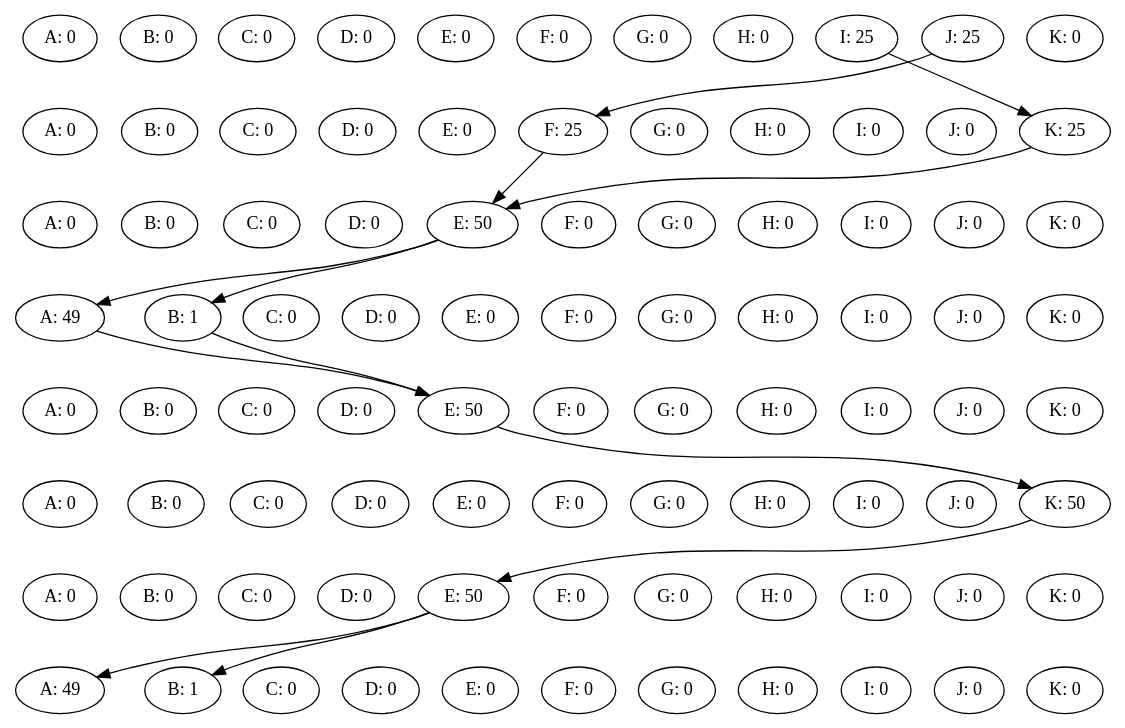
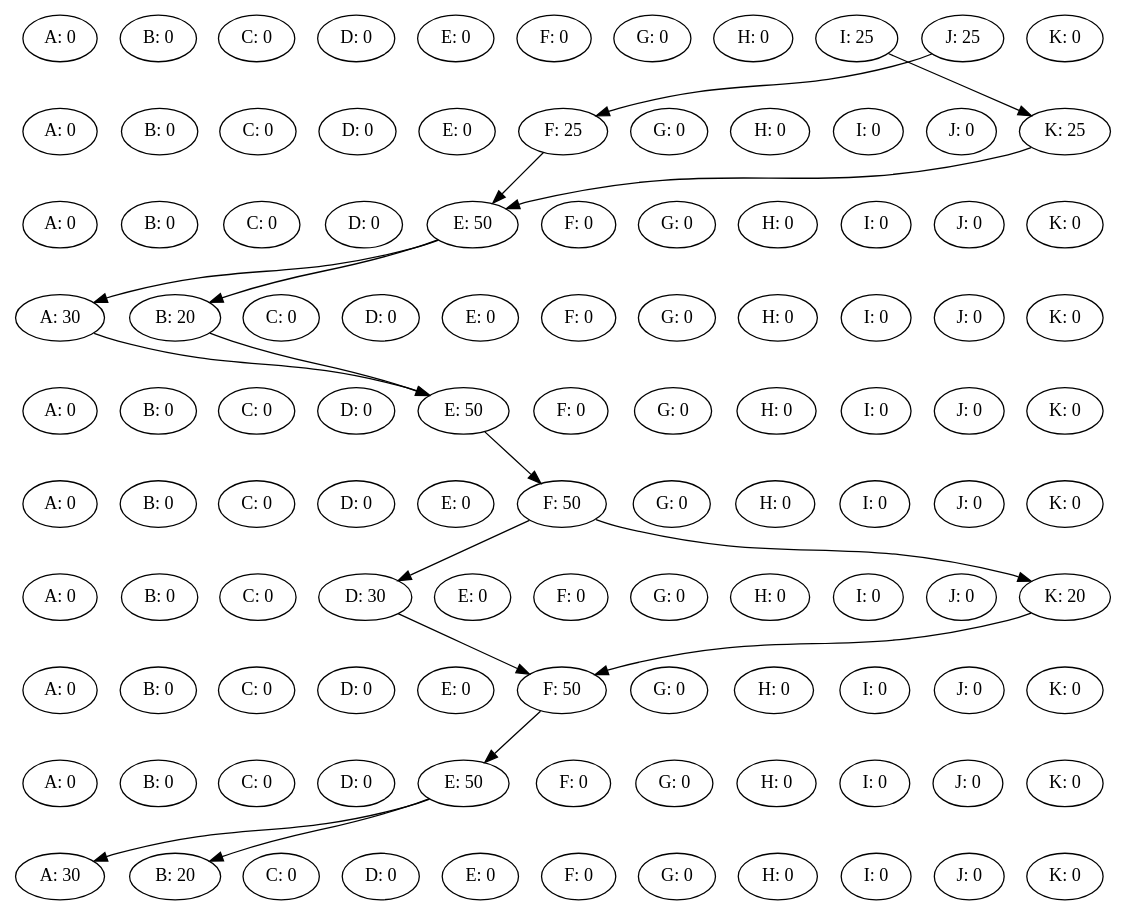
One commit to TieneSabor/slugs_swarmPlanner changed the diagram in originalPlans.dot. Above: the diagram before and after it, drawn with Graphviz. The commit also changed 5 other files, not shown here.

```diff
--- a/originalPlans.dot
+++ b/originalPlans.dot
@@ -1,104 +1,130 @@
 digraph {
 A0 [label="A: 0"];
 B0 [label="B: 0"];
 C0 [label="C: 0"];
 D0 [label="D: 0"];
 E0 [label="E: 0"];
 F0 [label="F: 0"];
 G0 [label="G: 0"];
 H0 [label="H: 0"];
 I0 [label="I: 25"];
 J0 [label="J: 25"];
 K0 [label="K: 0"];
 rank = same {A0 -> B0 -> C0 -> D0 -> E0 -> F0 -> G0 -> H0 -> I0 -> J0 -> K0 [style=invis] }A1 [label="A: 0"];
 B1 [label="B: 0"];
 C1 [label="C: 0"];
 D1 [label="D: 0"];
 E1 [label="E: 0"];
 F1 [label="F: 25"];
 G1 [label="G: 0"];
 H1 [label="H: 0"];
 I1 [label="I: 0"];
 J1 [label="J: 0"];
 K1 [label="K: 25"];
 rank = same {A1 -> B1 -> C1 -> D1 -> E1 -> F1 -> G1 -> H1 -> I1 -> J1 -> K1 [style=invis] }I0 -> K1
 J0 -> F1
 A2 [label="A: 0"];
 B2 [label="B: 0"];
 C2 [label="C: 0"];
 D2 [label="D: 0"];
 E2 [label="E: 50"];
 F2 [label="F: 0"];
 G2 [label="G: 0"];
 H2 [label="H: 0"];
 I2 [label="I: 0"];
 J2 [label="J: 0"];
 K2 [label="K: 0"];
 rank = same {A2 -> B2 -> C2 -> D2 -> E2 -> F2 -> G2 -> H2 -> I2 -> J2 -> K2 [style=invis] }F1 -> E2
 K1 -> E2
-A3 [label="A: 49"];
-B3 [label="B: 1"];
+A3 [label="A: 30"];
+B3 [label="B: 20"];
 C3 [label="C: 0"];
 D3 [label="D: 0"];
 E3 [label="E: 0"];
 F3 [label="F: 0"];
 G3 [label="G: 0"];
 H3 [label="H: 0"];
 I3 [label="I: 0"];
 J3 [label="J: 0"];
 K3 [label="K: 0"];
 rank = same {A3 -> B3 -> C3 -> D3 -> E3 -> F3 -> G3 -> H3 -> I3 -> J3 -> K3 [style=invis] }E2 -> A3
 E2 -> B3
 A4 [label="A: 0"];
 B4 [label="B: 0"];
 C4 [label="C: 0"];
 D4 [label="D: 0"];
 E4 [label="E: 50"];
 F4 [label="F: 0"];
 G4 [label="G: 0"];
 H4 [label="H: 0"];
 I4 [label="I: 0"];
 J4 [label="J: 0"];
 K4 [label="K: 0"];
 rank = same {A4 -> B4 -> C4 -> D4 -> E4 -> F4 -> G4 -> H4 -> I4 -> J4 -> K4 [style=invis] }A3 -> E4
 B3 -> E4
 A5 [label="A: 0"];
 B5 [label="B: 0"];
 C5 [label="C: 0"];
 D5 [label="D: 0"];
 E5 [label="E: 0"];
-F5 [label="F: 0"];
+F5 [label="F: 50"];
 G5 [label="G: 0"];
 H5 [label="H: 0"];
 I5 [label="I: 0"];
 J5 [label="J: 0"];
-K5 [label="K: 50"];
-rank = same {A5 -> B5 -> C5 -> D5 -> E5 -> F5 -> G5 -> H5 -> I5 -> J5 -> K5 [style=invis] }E4 -> K5
+K5 [label="K: 0"];
+rank = same {A5 -> B5 -> C5 -> D5 -> E5 -> F5 -> G5 -> H5 -> I5 -> J5 -> K5 [style=invis] }E4 -> F5
 A6 [label="A: 0"];
 B6 [label="B: 0"];
 C6 [label="C: 0"];
-D6 [label="D: 0"];
-E6 [label="E: 50"];
+D6 [label="D: 30"];
+E6 [label="E: 0"];
 F6 [label="F: 0"];
 G6 [label="G: 0"];
 H6 [label="H: 0"];
 I6 [label="I: 0"];
 J6 [label="J: 0"];
-K6 [label="K: 0"];
-rank = same {A6 -> B6 -> C6 -> D6 -> E6 -> F6 -> G6 -> H6 -> I6 -> J6 -> K6 [style=invis] }K5 -> E6
-A7 [label="A: 49"];
-B7 [label="B: 1"];
+K6 [label="K: 20"];
+rank = same {A6 -> B6 -> C6 -> D6 -> E6 -> F6 -> G6 -> H6 -> I6 -> J6 -> K6 [style=invis] }F5 -> D6
+F5 -> K6
+A7 [label="A: 0"];
+B7 [label="B: 0"];
 C7 [label="C: 0"];
 D7 [label="D: 0"];
 E7 [label="E: 0"];
-F7 [label="F: 0"];
+F7 [label="F: 50"];
 G7 [label="G: 0"];
 H7 [label="H: 0"];
 I7 [label="I: 0"];
 J7 [label="J: 0"];
 K7 [label="K: 0"];
-rank = same {A7 -> B7 -> C7 -> D7 -> E7 -> F7 -> G7 -> H7 -> I7 -> J7 -> K7 [style=invis] }E6 -> A7
-E6 -> B7
-A0 -> A1 -> A2 -> A3 -> A4 -> A5 -> A6 -> A7 [ style=invis; weight=1000 ]
-K0 -> K1 -> K2 -> K3 -> K4 -> K5 -> K6 -> K7 [ style=invis; weight=1000 ]
+rank = same {A7 -> B7 -> C7 -> D7 -> E7 -> F7 -> G7 -> H7 -> I7 -> J7 -> K7 [style=invis] }D6 -> F7
+K6 -> F7
+A8 [label="A: 0"];
+B8 [label="B: 0"];
+C8 [label="C: 0"];
+D8 [label="D: 0"];
+E8 [label="E: 50"];
+F8 [label="F: 0"];
+G8 [label="G: 0"];
+H8 [label="H: 0"];
+I8 [label="I: 0"];
+J8 [label="J: 0"];
+K8 [label="K: 0"];
+rank = same {A8 -> B8 -> C8 -> D8 -> E8 -> F8 -> G8 -> H8 -> I8 -> J8 -> K8 [style=invis] }F7 -> E8
+A9 [label="A: 30"];
+B9 [label="B: 20"];
+C9 [label="C: 0"];
+D9 [label="D: 0"];
+E9 [label="E: 0"];
+F9 [label="F: 0"];
+G9 [label="G: 0"];
+H9 [label="H: 0"];
+I9 [label="I: 0"];
+J9 [label="J: 0"];
+K9 [label="K: 0"];
+rank = same {A9 -> B9 -> C9 -> D9 -> E9 -> F9 -> G9 -> H9 -> I9 -> J9 -> K9 [style=invis] }E8 -> A9
+E8 -> B9
+A0 -> A1 -> A2 -> A3 -> A4 -> A5 -> A6 -> A7 -> A8 -> A9 [ style=invis; weight=1000 ]
+K0 -> K1 -> K2 -> K3 -> K4 -> K5 -> K6 -> K7 -> K8 -> K9 [ style=invis; weight=1000 ]
 }
```
